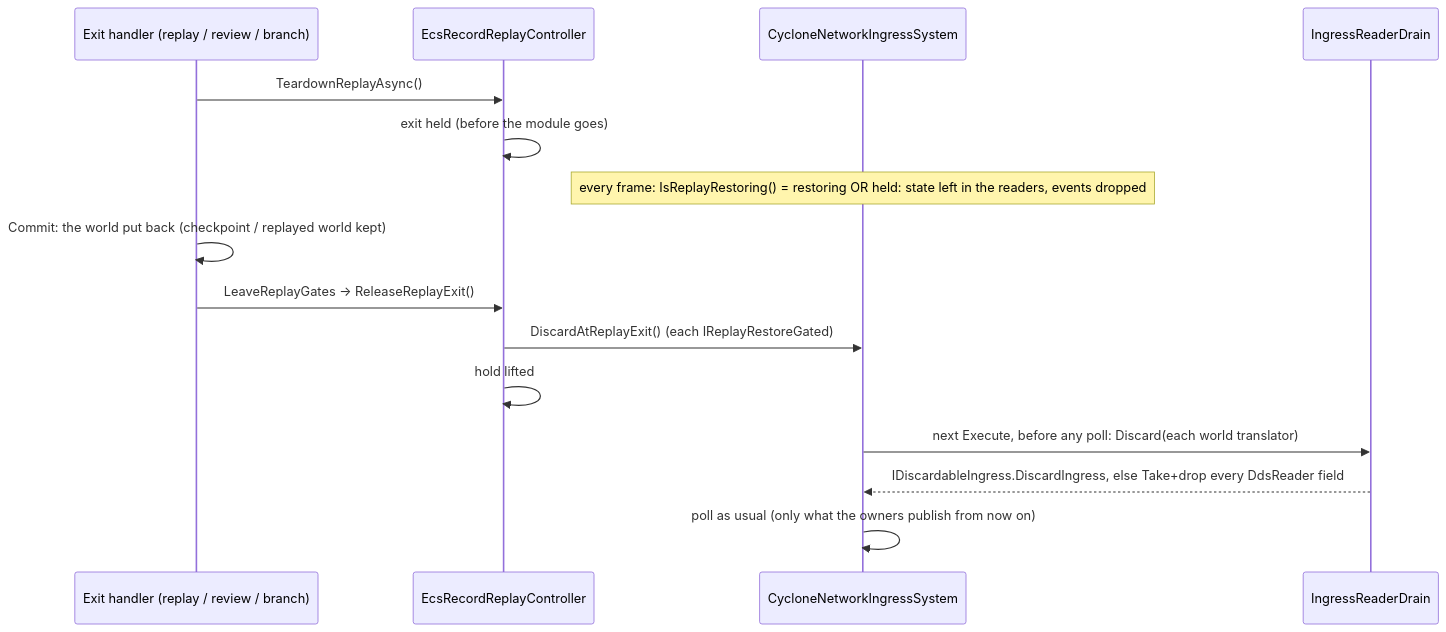
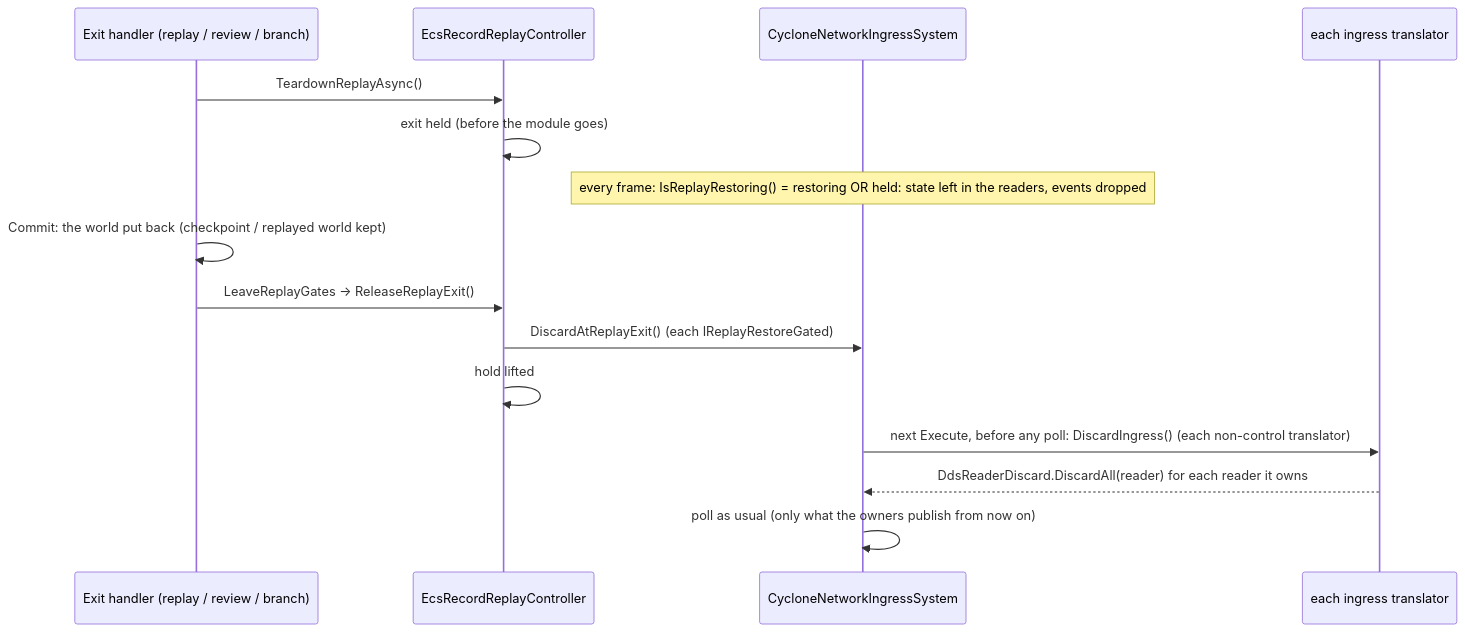
One commit to pjanec/HROT changed diagram 19 of 19 in docs/DESIGN_Replay_Time_Axis_And_Review.md. Above: the diagram before and after it, drawn with Mermaid. The commit also changed other lines of this file and 86 other files, not shown here.

First line of the commit message:
CE-3329 W5: every ingress translator says how it empties its readers; the reflective drain goes

````diff
--- a/docs/DESIGN_Replay_Time_Axis_And_Review.md
+++ b/docs/DESIGN_Replay_Time_Axis_And_Review.md
@@ -1421,17 +1421,17 @@
 ```mermaid
 sequenceDiagram
   participant H as Exit handler (replay / review / branch)
   participant C as EcsRecordReplayController
   participant I as CycloneNetworkIngressSystem
-  participant D as IngressReaderDrain
+  participant T as each ingress translator
   H->>C: TeardownReplayAsync()
   C->>C: exit held (before the module goes)
   Note over I: every frame: IsReplayRestoring() = restoring OR held: state left in the readers, events dropped
   H->>H: Commit: the world put back (checkpoint / replayed world kept)
   H->>C: LeaveReplayGates → ReleaseReplayExit()
   C->>I: DiscardAtReplayExit() (each IReplayRestoreGated)
   C->>C: hold lifted
-  I->>D: next Execute, before any poll: Discard(each world translator)
-  D-->>I: IDiscardableIngress.DiscardIngress, else Take+drop every DdsReader field
+  I->>T: next Execute, before any poll: DiscardIngress() (each non-control translator)
+  T-->>I: DdsReaderDiscard.DiscardAll(reader) for each reader it owns
   I->>I: poll as usual (only what the owners publish from now on)
 ```
````
